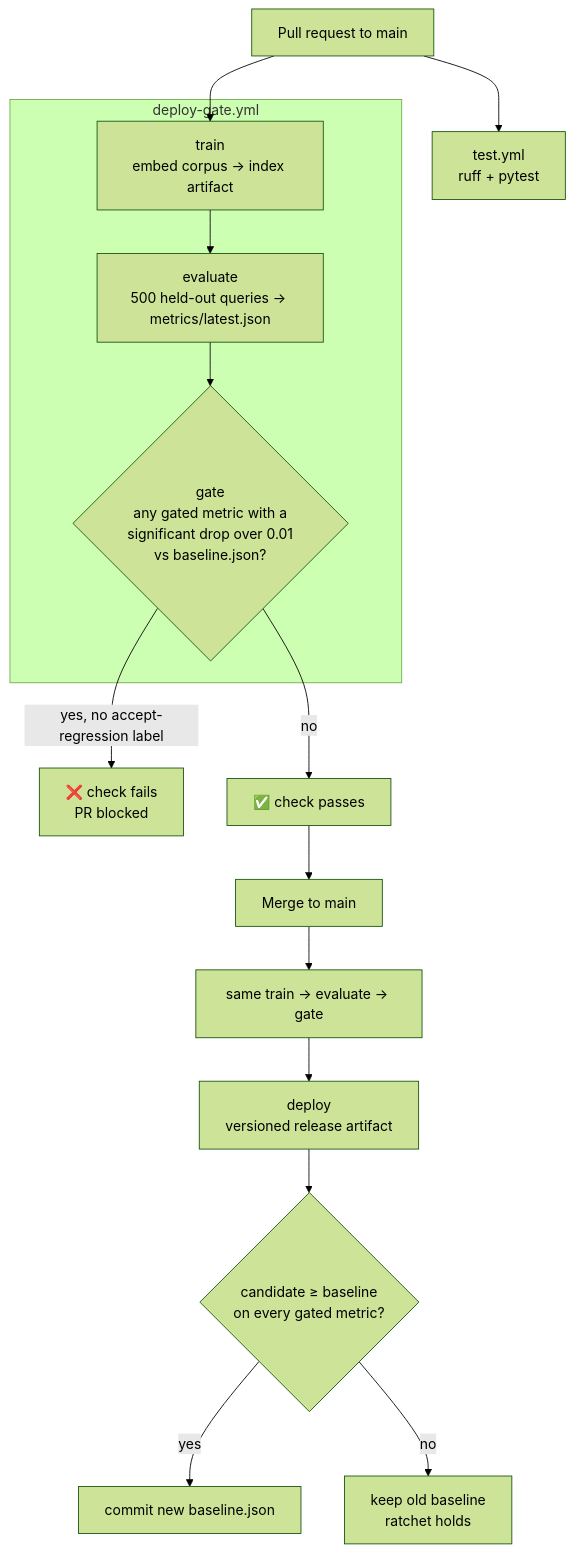
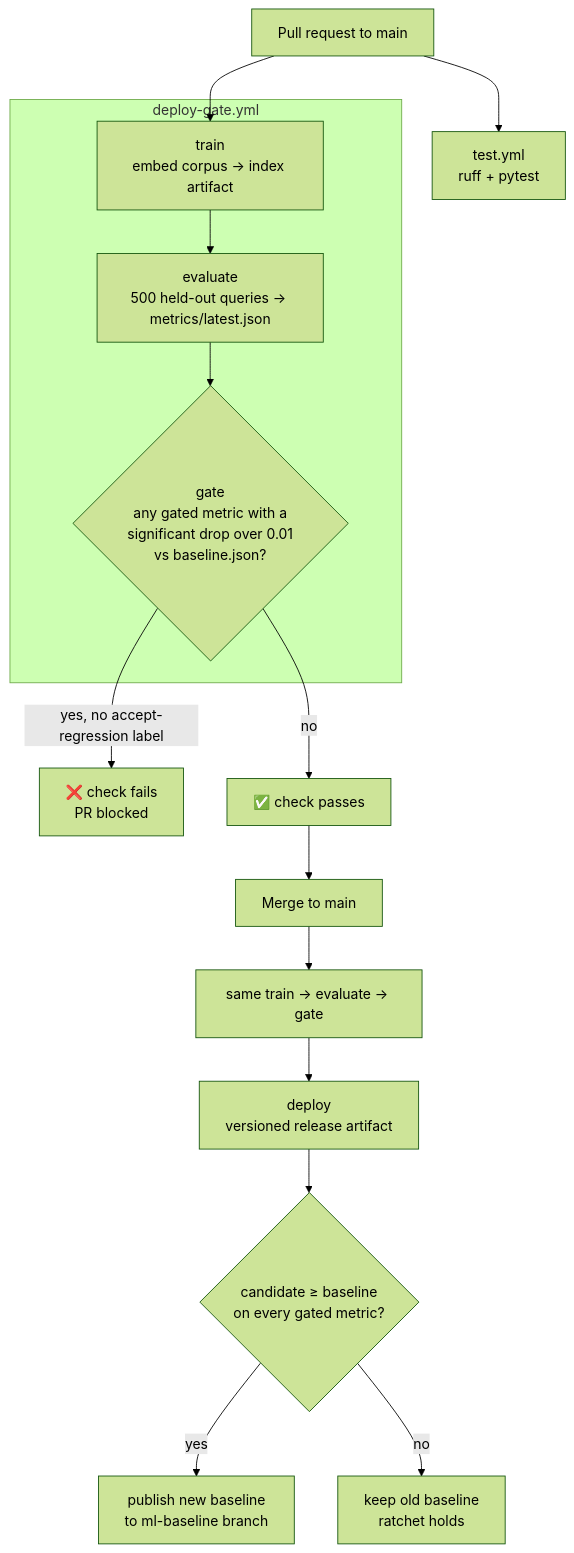
The diagram in README.md (Jayden04260/ml-ci-pipeline), drawn with Mermaid (forest theme) before and after one commit. The commit also changed other lines of this file and 1 other file, not shown here.

First line of the commit message:
Keep the live baseline on an unprotected ml-baseline branch

````diff
--- a/README.md
+++ b/README.md
@@ -18,19 +18,19 @@
 ```mermaid
 flowchart TD
     PR[Pull request to main] --> T[test.yml<br/>ruff + pytest]
     PR --> TR
 
     subgraph gate[deploy-gate.yml]
         TR[train<br/>embed corpus → index artifact] --> EV[evaluate<br/>500 held-out queries → metrics/latest.json]
         EV --> G{gate<br/>any gated metric with a<br/>significant drop over 0.01<br/>vs baseline.json?}
     end
 
     G -- yes, no accept-regression label --> RED[❌ check fails<br/>PR blocked]
     G -- no --> GREEN[✅ check passes]
     GREEN --> M[Merge to main]
     M --> GATE2[same train → evaluate → gate]
     GATE2 --> D[deploy<br/>versioned release artifact]
     D --> P{candidate ≥ baseline<br/>on every gated metric?}
-    P -- yes --> B[commit new baseline.json]
+    P -- yes --> B[publish new baseline<br/>to ml-baseline branch]
     P -- no --> K[keep old baseline<br/>ratchet holds]
 ```
````
